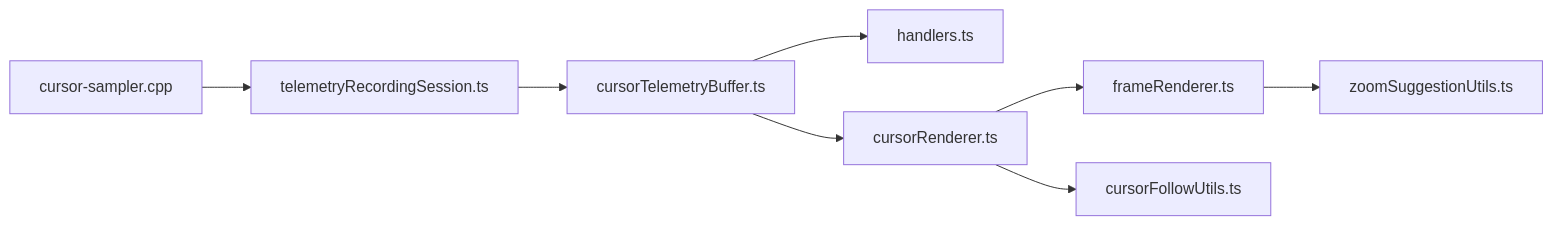
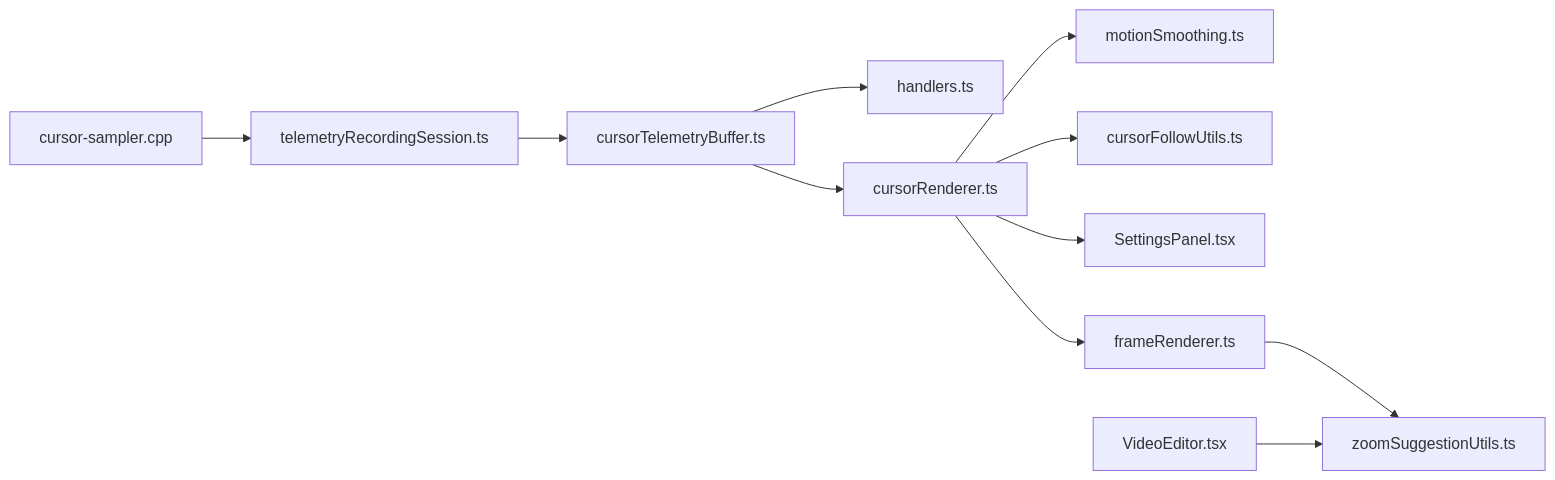
One commit to zhanggmin/openscreen changed the ninth of 9 diagrams in .qoder/repowiki/zh/content/游标遥测系统/游标遥测系统.md. Above: the diagram before and after it, drawn with Mermaid. The commit also changed other lines of this file and 68 other files, not shown here.

Commit message:
开发图文编辑功能

````diff
--- a/.qoder/repowiki/zh/content/游标遥测系统/游标遥测系统.md
+++ b/.qoder/repowiki/zh/content/游标遥测系统/游标遥测系统.md
@@ -296,10 +379,13 @@
 ```mermaid
 graph LR
 CS["cursor-sampler.cpp"] --> TRS["telemetryRecordingSession.ts"]
 TRS --> CTB["cursorTelemetryBuffer.ts"]
 CTB --> IPC["handlers.ts"]
 CTB --> CR["cursorRenderer.ts"]
+CR --> MS["motionSmoothing.ts"]
+CR --> CFU["cursorFollowUtils.ts"]
+CR --> THEME["SettingsPanel.tsx"]
 CR --> FR["frameRenderer.ts"]
-CR --> CFU["cursorFollowUtils.ts"]
 FR --> ZS["zoomSuggestionUtils.ts"]
+VE["VideoEditor.tsx"] --> ZS
 ```
````
